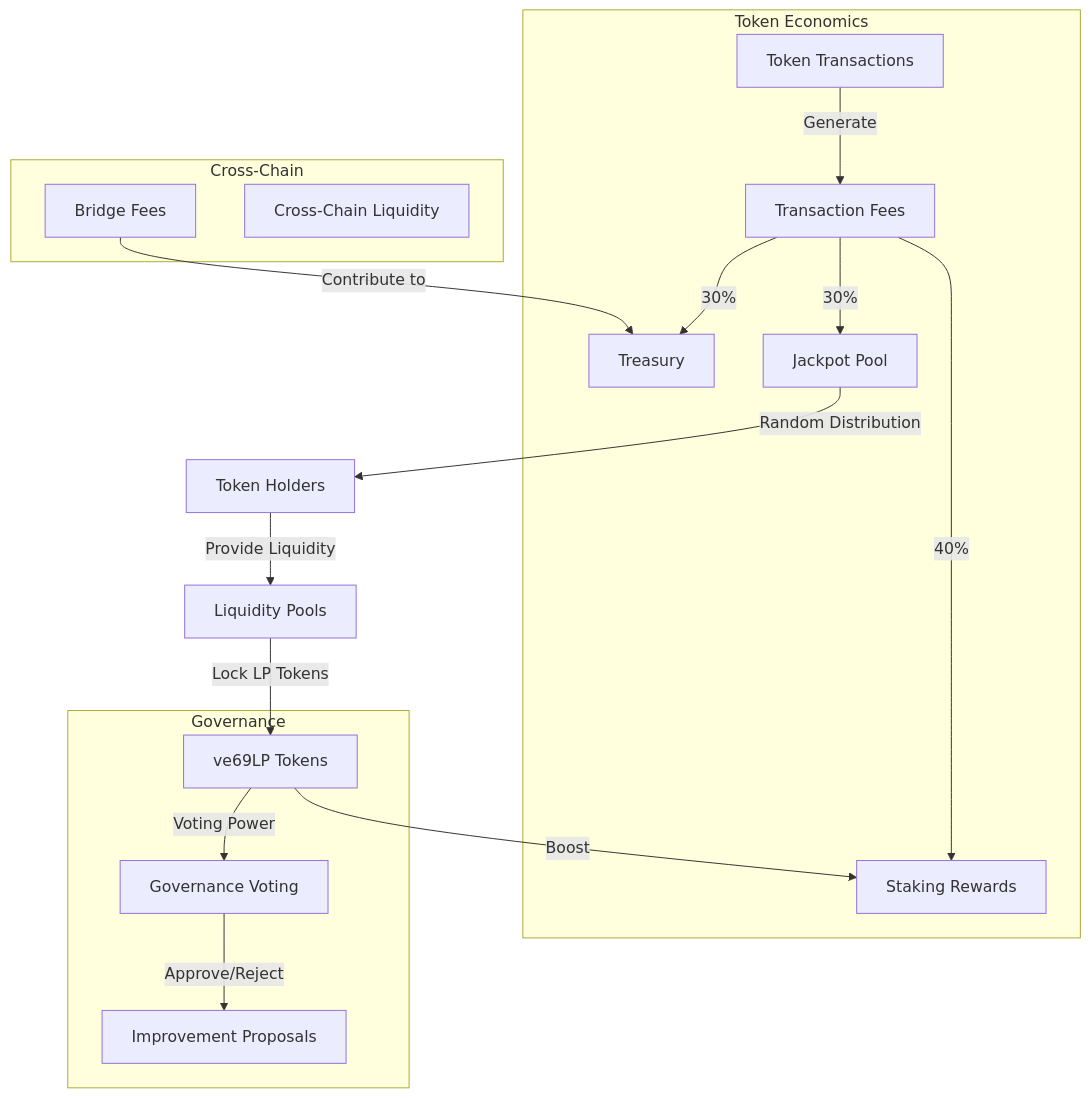
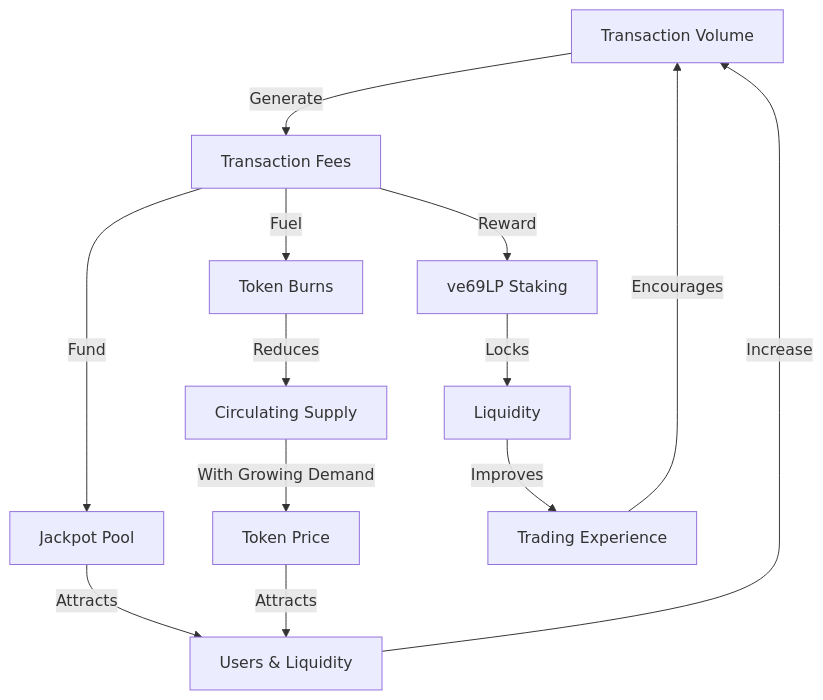
One commit to wenakita/sonicreddragon-docs changed the fourth of 5 diagrams in docs/concepts/tokenomics.md. Above: the diagram before and after it, drawn with Mermaid. The commit also changed other lines of this file and 5 other files, not shown here.

````diff
--- a/docs/concepts/tokenomics.md
+++ b/docs/concepts/tokenomics.md
@@ -45,35 +133,27 @@
 ```mermaid
 flowchart TD
-    subgraph "Token Economics"
-        Transactions["Token Transactions"]
-        Fees["Transaction Fees"]
-        TreasuryFees["Treasury"]
-        StakingRewards["Staking Rewards"]
-        JackpotPool["Jackpot Pool"]
-    end
-    
-    subgraph "Governance"
-        ve69LP["ve69LP Tokens"]
-        Voting["Governance Voting"]
-        Proposals["Improvement Proposals"]
-    end
-    
-    subgraph "Cross-Chain"
-        BridgeFees["Bridge Fees"]
-        CrossChainLiquidity["Cross-Chain Liquidity"]
-    end
+    Transactions["Transaction Volume"]
+    Fees["Transaction Fees"]
+    Jackpot["Jackpot Pool"]
+    Staking["ve69LP Staking"]
+    Burn["Token Burns"]
+    Price["Token Price"]
     
     Transactions -->|"Generate"| Fees
-    Fees -->|"30%"| TreasuryFees
-    Fees -->|"40%"| StakingRewards
-    Fees -->|"30%"| JackpotPool
-    JackpotPool -->|"Random Distribution"| Users["Token Holders"]
-    BridgeFees -->|"Contribute to"| TreasuryFees
-    Users -->|"Provide Liquidity"| LiquidityPools["Liquidity Pools"]
-    LiquidityPools -->|"Lock LP Tokens"| ve69LP
-    ve69LP -->|"Voting Power"| Voting
-    Voting -->|"Approve/Reject"| Proposals
-    ve69LP -->|"Boost"| StakingRewards
+    Fees -->|"Fund"| Jackpot
+    Fees -->|"Reward"| Staking
+    Fees -->|"Fuel"| Burn
     
-    class Fees,JackpotPool,ve69LP highlight
+    Jackpot -->|"Attracts"| Users["Users & Liquidity"]
+    Staking -->|"Locks"| Liquidity["Liquidity"]
+    Burn -->|"Reduces"| Supply["Circulating Supply"]
+    
+    Users -->|"Increase"| Transactions
+    Liquidity -->|"Improves"| TradingExperience["Trading Experience"]
+    Supply -->|"With Growing Demand"| Price
+    
+    TradingExperience -->|"Encourages"| Transactions
+    Price -->|"Attracts"| Users
+    
+    class Transactions,Fees,Jackpot highlight
 ```
````
